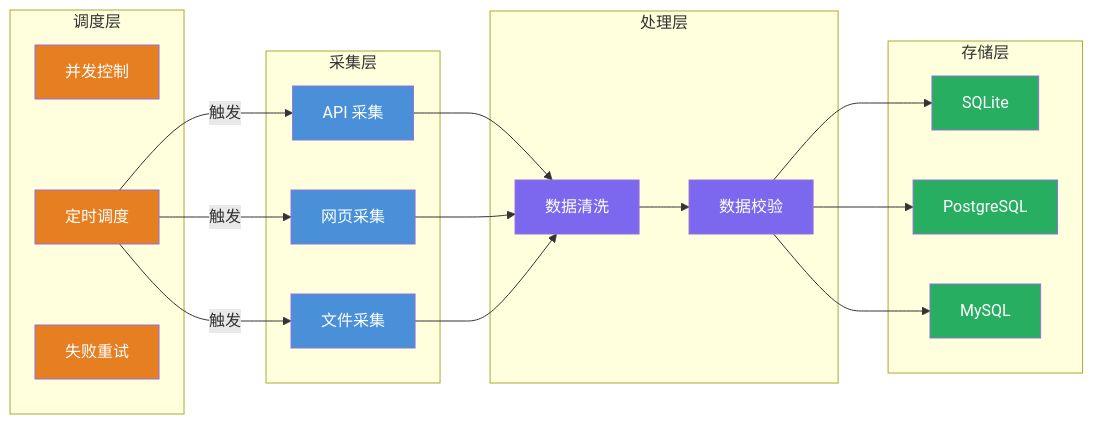
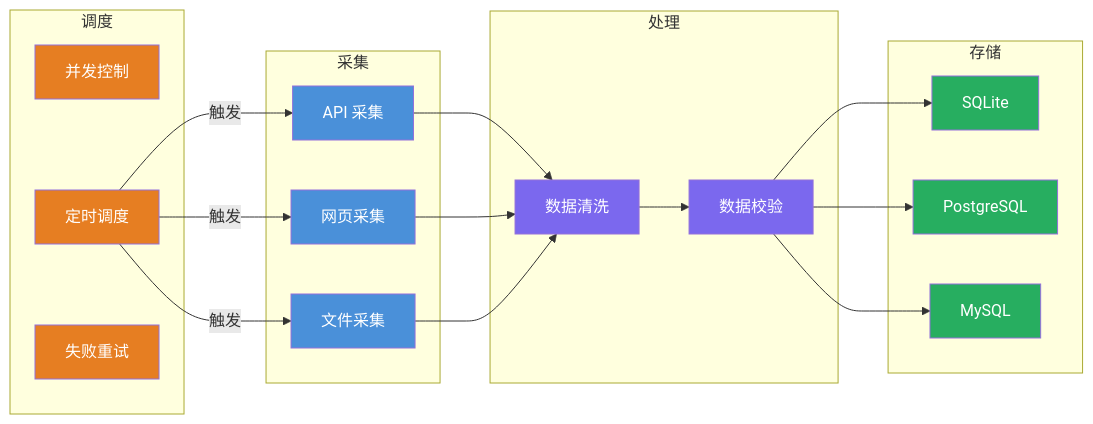
One commit to hollson/spider_awesome changed the diagram in README.md. Above: the diagram before and after it, drawn with Mermaid. The commit also changed 2 other files, not shown here.

Commit message:
docs: 简化架构图的子图命名和注释
统一简化中英文文档里的架构子图名称，移除多余的后缀注释，让架构展示更简洁清晰

````diff
--- a/README.md
+++ b/README.md
@@ -30,42 +30,42 @@
 ```mermaid
 graph LR
-    subgraph 采集层
+    subgraph 采集
         A1["API 采集"]
         A2["网页采集"]
         A3["文件采集"]
     end
 
-    subgraph 处理层
+    subgraph 处理
         B1["数据清洗"]
         B2["数据校验"]
     end
 
-    subgraph 存储层
+    subgraph 存储
         C1["SQLite"]
         C2["PostgreSQL"]
         C3["MySQL"]
     end
 
-    subgraph 调度层
+    subgraph 调度
         D1["并发控制"]
         D2["定时调度"]
         D3["失败重试"]
     end
 
     A1 & A2 & A3 --> B1
     B1 --> B2
     B2 --> C1 & C2 & C3
     D2 -->|触发| A1 & A2 & A3
 
     style A1 fill:#4A90D9,color:#fff
     style A2 fill:#4A90D9,color:#fff
     style A3 fill:#4A90D9,color:#fff
     style B1 fill:#7B68EE,color:#fff
     style B2 fill:#7B68EE,color:#fff
     style C1 fill:#27AE60,color:#fff
     style C2 fill:#27AE60,color:#fff
     style C3 fill:#27AE60,color:#fff
     style D1 fill:#E67E22,color:#fff
     style D2 fill:#E67E22,color:#fff
     style D3 fill:#E67E22,color:#fff
 ```
````
